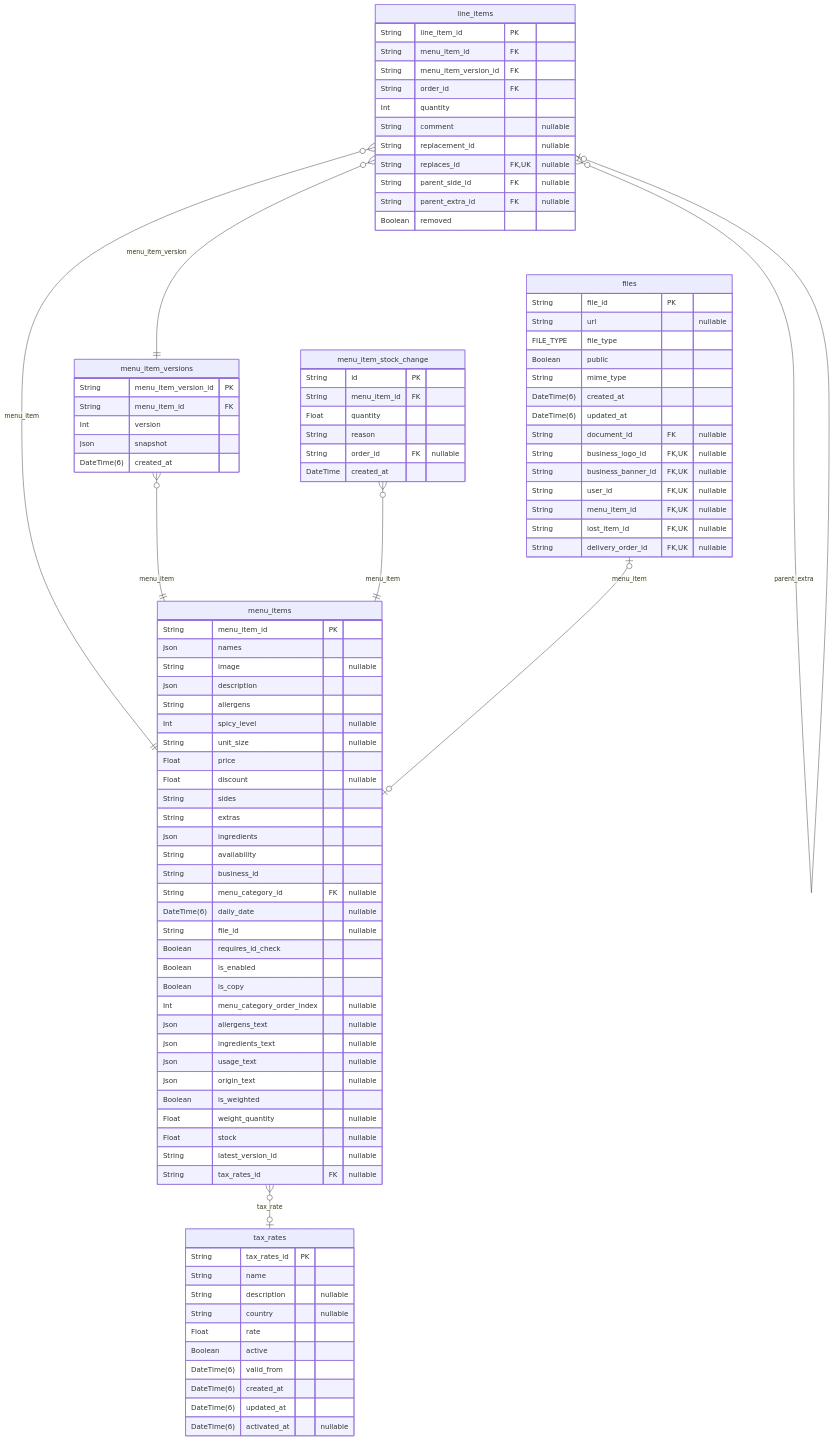
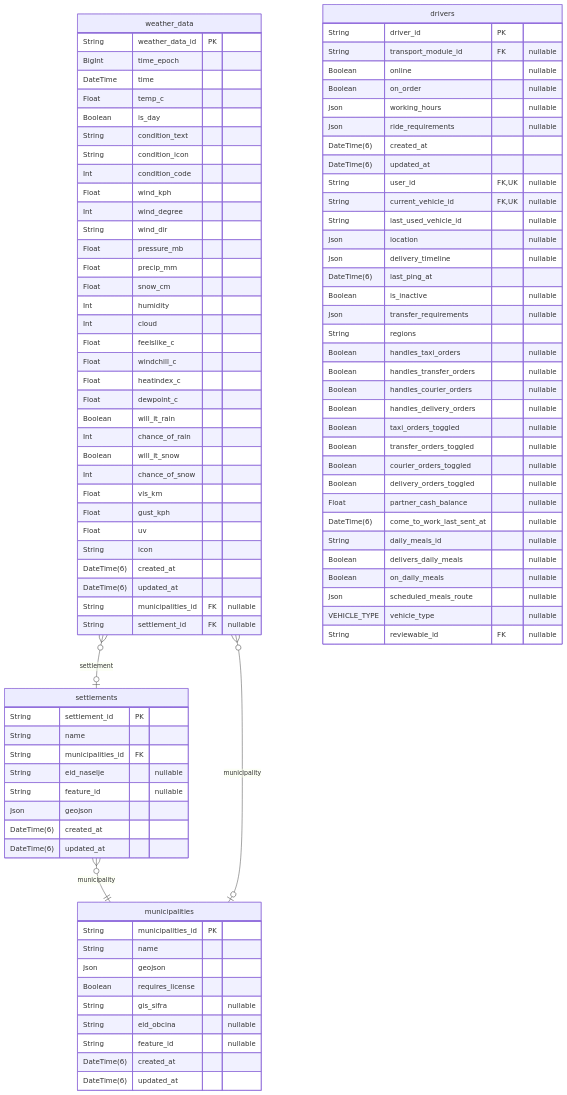
One commit to pbozic/be-analyisis changed diagram 18 of 39 in prisma/schemas/ERD.md. Above: the diagram before and after it, drawn with Mermaid. The commit also changed other lines of this file and 6 other files, not shown here.

Commit message:
feature: erd bloat update + relation names change + removed newline in post-processing function

````diff
--- a/prisma/schemas/ERD.md
+++ b/prisma/schemas/ERD.md
@@ -3965,100 +2884,96 @@
 ```mermaid
 erDiagram
-"tax_rates" {
-  String tax_rates_id PK
+"municipalities" {
+  String municipalities_id PK
   String name
-  String description "nullable"
-  String country "nullable"
-  Float rate
-  Boolean active
-  DateTime(6) valid_from
+  Json geojson
+  Boolean requires_license
+  String gis_sifra "nullable"
+  String eid_obcina "nullable"
+  String feature_id "nullable"
   DateTime(6) created_at
   DateTime(6) updated_at
-  DateTime(6) activated_at "nullable"
 }
-"line_items" {
-  String line_item_id PK
-  String menu_item_id FK
-  String menu_item_version_id FK
-  String order_id FK
-  Int quantity
-  String comment "nullable"
-  String replacement_id "nullable"
-  String replaces_id FK,UK "nullable"
-  String parent_side_id FK "nullable"
-  String parent_extra_id FK "nullable"
-  Boolean removed
-}
-"menu_item_versions" {
-  String menu_item_version_id PK
-  String menu_item_id FK
-  Int version
-  Json snapshot
-  DateTime(6) created_at
-}
-"menu_item_stock_change" {
-  String id PK
-  String menu_item_id FK
-  Float quantity
-  String reason
-  String order_id FK "nullable"
-  DateTime created_at
-}
-"files" {
-  String file_id PK
-  String url "nullable"
-  FILE_TYPE file_type
-  Boolean public
-  String mime_type
+"settlements" {
+  String settlement_id PK
+  String name
+  String municipalities_id FK
+  String eid_naselje "nullable"
+  String feature_id "nullable"
+  Json geojson
   DateTime(6) created_at
   DateTime(6) updated_at
-  String document_id FK "nullable"
-  String business_logo_id FK,UK "nullable"
-  String business_banner_id FK,UK "nullable"
+}
+"weather_data" {
+  String weather_data_id PK
+  BigInt time_epoch
+  DateTime time
+  Float temp_c
+  Boolean is_day
+  String condition_text
+  String condition_icon
+  Int condition_code
+  Float wind_kph
+  Int wind_degree
+  String wind_dir
+  Float pressure_mb
+  Float precip_mm
+  Float snow_cm
+  Int humidity
+  Int cloud
+  Float feelslike_c
+  Float windchill_c
+  Float heatindex_c
+  Float dewpoint_c
+  Boolean will_it_rain
+  Int chance_of_rain
+  Boolean will_it_snow
+  Int chance_of_snow
+  Float vis_km
+  Float gust_kph
+  Float uv
+  String icon
+  DateTime(6) created_at
+  DateTime(6) updated_at
+  String municipalities_id FK "nullable"
+  String settlement_id FK "nullable"
+}
+"drivers" {
+  String driver_id PK
+  String transport_module_id FK "nullable"
+  Boolean online "nullable"
+  Boolean on_order "nullable"
+  Json working_hours "nullable"
+  Json ride_requirements "nullable"
+  DateTime(6) created_at
+  DateTime(6) updated_at
   String user_id FK,UK "nullable"
-  String menu_item_id FK,UK "nullable"
-  String lost_item_id FK,UK "nullable"
-  String delivery_order_id FK,UK "nullable"
+  String current_vehicle_id FK,UK "nullable"
+  String last_used_vehicle_id "nullable"
+  Json location "nullable"
+  Json delivery_timeline "nullable"
+  DateTime(6) last_ping_at
+  Boolean is_inactive "nullable"
+  Json transfer_requirements "nullable"
+  String regions
+  Boolean handles_taxi_orders "nullable"
+  Boolean handles_transfer_orders "nullable"
+  Boolean handles_courier_orders "nullable"
+  Boolean handles_delivery_orders "nullable"
+  Boolean taxi_orders_toggled "nullable"
+  Boolean transfer_orders_toggled "nullable"
+  Boolean courier_orders_toggled "nullable"
+  Boolean delivery_orders_toggled "nullable"
+  Float partner_cash_balance "nullable"
+  DateTime(6) come_to_work_last_sent_at "nullable"
+  String daily_meals_id "nullable"
+  Boolean delivers_daily_meals "nullable"
+  Boolean on_daily_meals "nullable"
+  Json scheduled_meals_route "nullable"
+  VEHICLE_TYPE vehicle_type "nullable"
+  String reviewable_id FK "nullable"
 }
-"menu_items" {
-  String menu_item_id PK
-  Json names
-  String image "nullable"
-  Json description
-  String allergens
-  Int spicy_level "nullable"
-  String unit_size "nullable"
-  Float price
-  Float discount "nullable"
-  String sides
-  String extras
-  Json ingredients
-  String availability
-  String business_id
-  String menu_category_id FK "nullable"
-  DateTime(6) daily_date "nullable"
-  String file_id "nullable"
-  Boolean requires_id_check
-  Boolean is_enabled
-  Boolean is_copy
-  Int menu_category_order_index "nullable"
-  Json allergens_text "nullable"
-  Json ingredients_text "nullable"
-  Json usage_text "nullable"
-  Json origin_text "nullable"
-  Boolean is_weighted
-  Float weight_quantity "nullable"
-  Float stock "nullable"
-  String latest_version_id "nullable"
-  String tax_rates_id FK "nullable"
-}
-"line_items" }o--|| "menu_items" : menu_item
-"line_items" }o--|| "menu_item_versions" : menu_item_version
-"line_items" |o--o| "line_items" : replaces
-"line_items" }o--o| "line_items" : parent_side
-"line_items" }o--o| "line_items" : parent_extra
-"menu_item_versions" }o--|| "menu_items" : menu_item
-"menu_item_stock_change" }o--|| "menu_items" : menu_item
-"files" |o--o| "menu_items" : menu_item
-"menu_items" }o--o| "tax_rates" : tax_rate
+"settlements" }o--|| "municipalities" : municipality
+"weather_data" }o--o| "municipalities" : municipality
+"weather_data" }o--o| "settlements" : settlement
 ```
````
